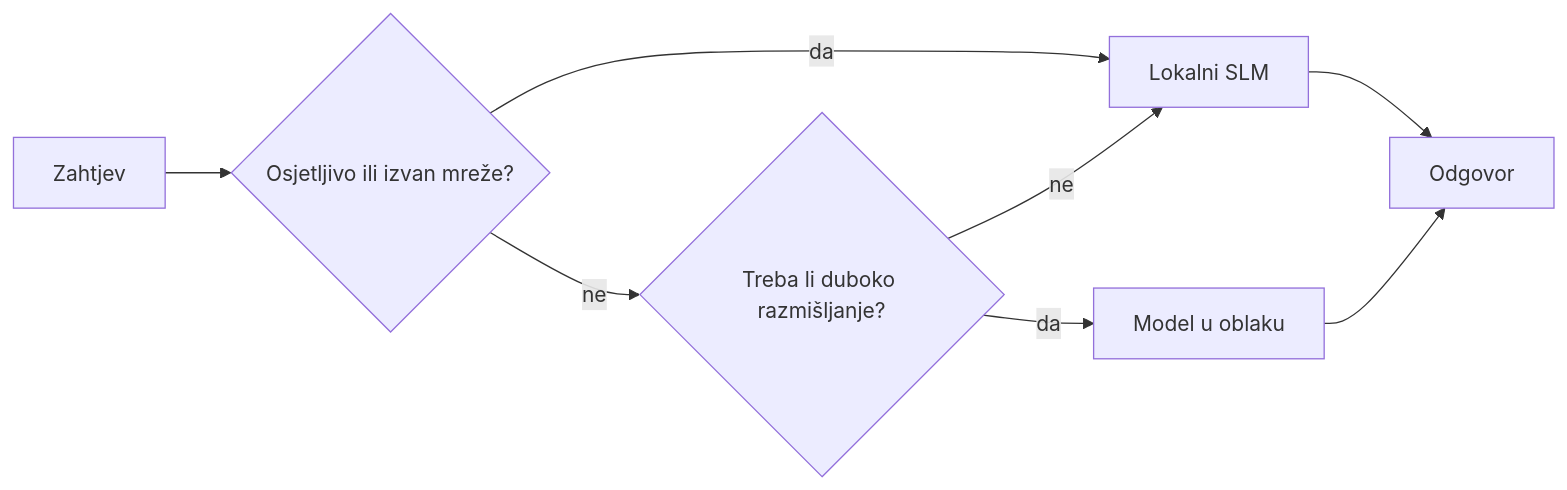
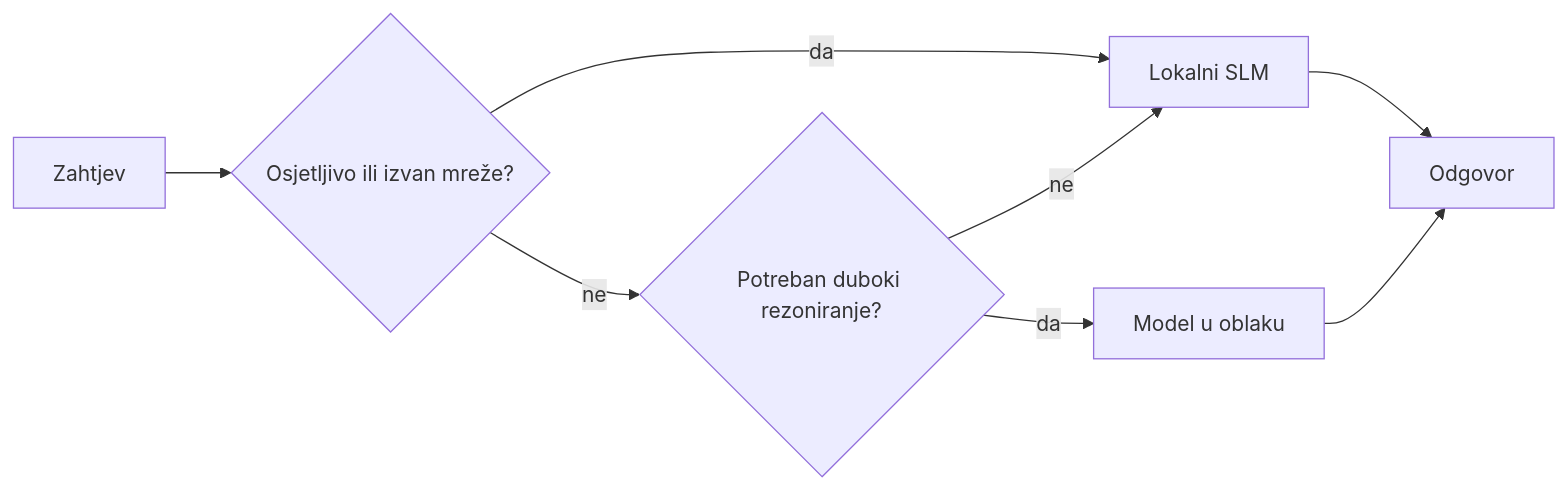
Before and after one commit to gabrielmoreira/agent-skills-mirror: the fourth of 4 diagrams in mirrors/repos/microsoft@ai-agents-for-beginners/translations/hr/17-creating-local-ai-agents/README.md, drawn with Mermaid. The commit also changed other lines of this file and 4262 other files, not shown here.

````diff
--- a/mirrors/repos/microsoft@ai-agents-for-beginners/translations/hr/17-creating-local-ai-agents/README.md
+++ b/mirrors/repos/microsoft@ai-agents-for-beginners/translations/hr/17-creating-local-ai-agents/README.md
@@ -156,10 +156,10 @@
 ```mermaid
 flowchart LR
     Q[Zahtjev] --> S{Osjetljivo ili izvan mreže?}
     S -->|da| L[Lokalni SLM]
-    S -->|ne| C{Treba li duboko razmišljanje?}
+    S -->|ne| C{Potreban duboki rezoniranje?}
     C -->|ne| L
     C -->|da| Cloud[Model u oblaku]
     L --> Out[Odgovor]
     Cloud --> Out
 ```
````
